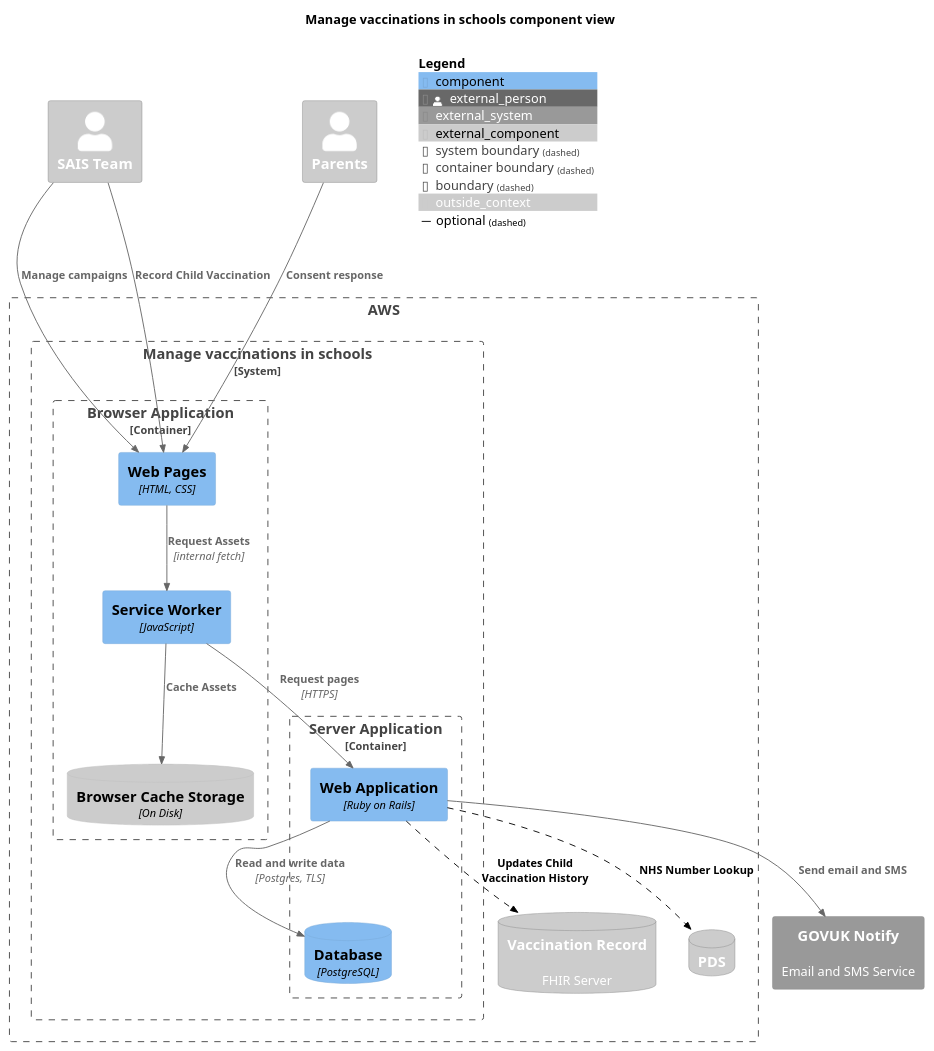
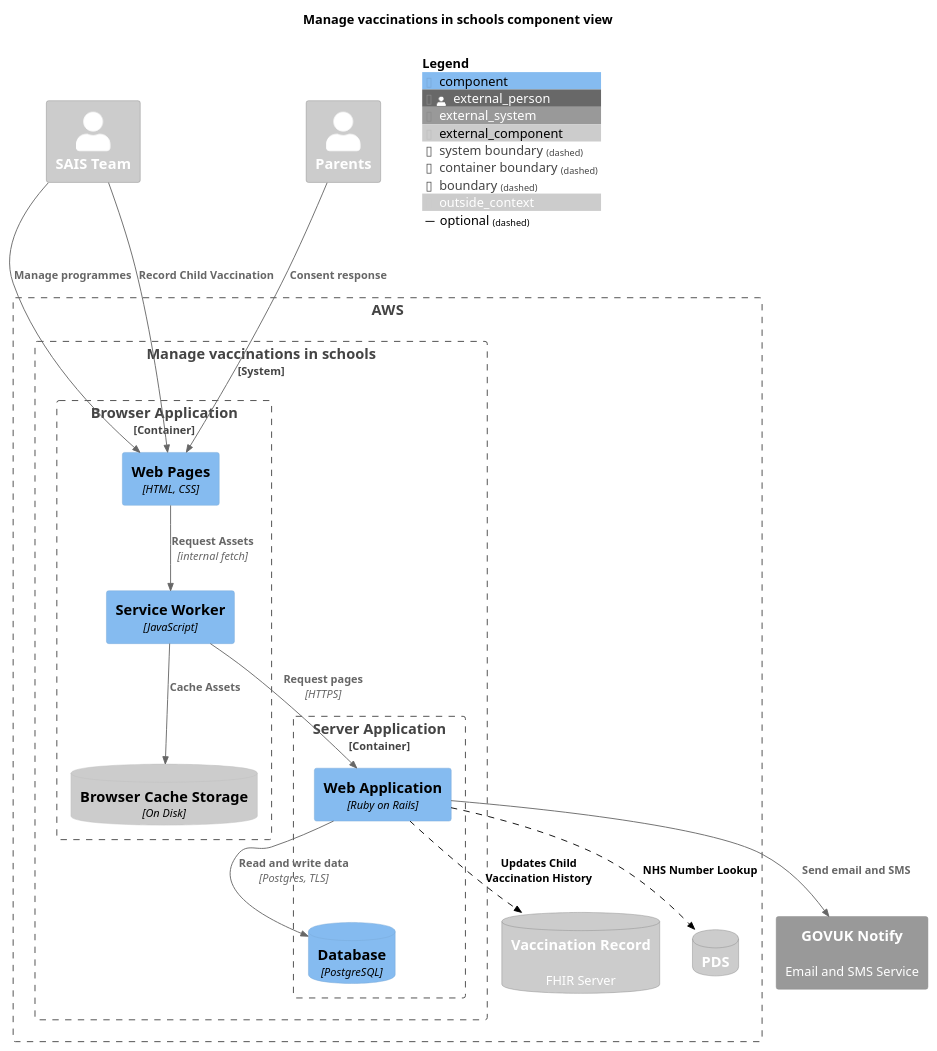
One commit to nhsuk/manage-vaccinations-in-schools changed the diagram in docs/diagrams/component-view-future.puml. Above: the diagram before and after it, drawn with PlantUML. The commit also changed 180 other files, not shown here.

```diff
--- a/docs/diagrams/component-view-future.puml
+++ b/docs/diagrams/component-view-future.puml
@@ -1,51 +1,51 @@
 @startuml
 
 !include <C4/C4_Component.puml>
 
 LAYOUT_TOP_DOWN()
 
 title "Manage vaccinations in schools component view"
 
 AddElementTag("outside_context", $bgColor="#CCC", $fontColor="#FFF")
 
 Person_Ext(sais, "SAIS Team", $tags="outside_context")
 Person_Ext(parents, "Parents", $tags="outside_context")
 
 Boundary(aws, "AWS") {
   System_Boundary(manage, "Manage vaccinations in schools", "") {
     Container_Boundary(browser, "Browser Application", "JavaScript") {
       Component(pages, "Web Pages", "HTML, CSS")
       Component(serviceWorker, "Service Worker", "JavaScript")
       ComponentDb_Ext(cacheStorage, "Browser Cache Storage", "On Disk")
     }
     Container_Boundary(server, "Server Application", "Ruby on Rails") {
       Component(webapp, "Web Application", "Ruby on Rails")
       ComponentDb(database, "Database", "PostgreSQL")
     }
   }
 
   SystemDb_Ext(vaccineRecord, "Vaccination Record", "FHIR Server")
   SystemDb_Ext(pds, "PDS", "")
 }
 
 System_Ext(govukNotify, "GOVUK Notify", "Email and SMS Service")
 SystemDb_Ext(vaccineRecord, "Vaccination Record", "FHIR Server", $tags="outside_context")
 SystemDb_Ext(pds, "PDS", "", $tags="outside_context")
 
 AddRelTag("optional", $textColor="black", $lineColor="black", $lineStyle="dashed")
 
-Rel(sais, pages, "Manage campaigns")
+Rel(sais, pages, "Manage programmes")
 Rel(sais, pages, "Record Child Vaccination")
 Rel(parents, pages, "Consent response")
 Rel(pages, serviceWorker, "Request Assets", "internal fetch")
 Rel(serviceWorker, cacheStorage, "Cache Assets")
 Rel(serviceWorker, webapp, "Request pages", "HTTPS")
 Rel(webapp, database, "Read and write data", "Postgres, TLS")
 Rel(webapp, govukNotify, "Send email and SMS")
 Rel(webapp, vaccineRecord, "Updates Child Vaccination History", $tags="optional")
 Rel(webapp, pds, "NHS Number Lookup", $tags="optional")
 
 
 SHOW_FLOATING_LEGEND()
 
 @enduml
```
